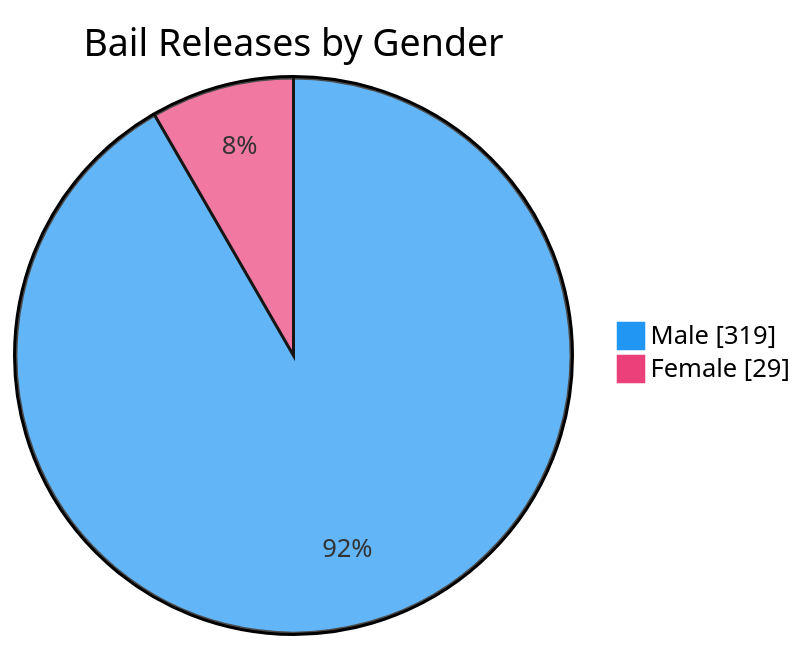
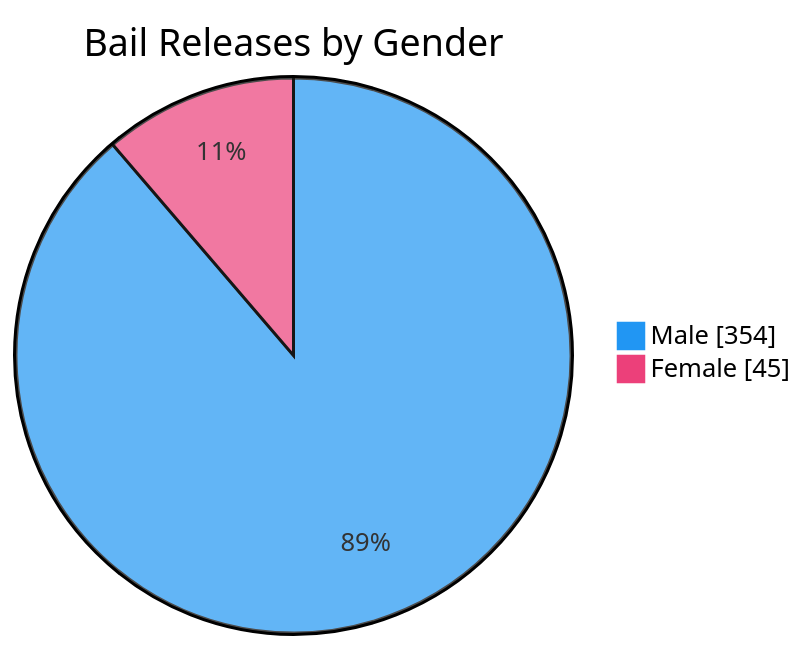
One commit to nuuuwan/lk_prisons changed the seventh of 7 diagrams in README.md. Above: the diagram before and after it, drawn with Mermaid. The commit also changed other lines of this file and 1 other file, not shown here.

````diff
--- a/README.md
+++ b/README.md
@@ -109,6 +109,6 @@
 ```mermaid
 %%{init: {'themeVariables': {'pie1': '#2196F3', 'pie2': '#EC407A'}}}%%
 pie showData title Bail Releases by Gender
-    "Male" : 319
-    "Female" : 29
+    "Male" : 354
+    "Female" : 45
 ```
````
